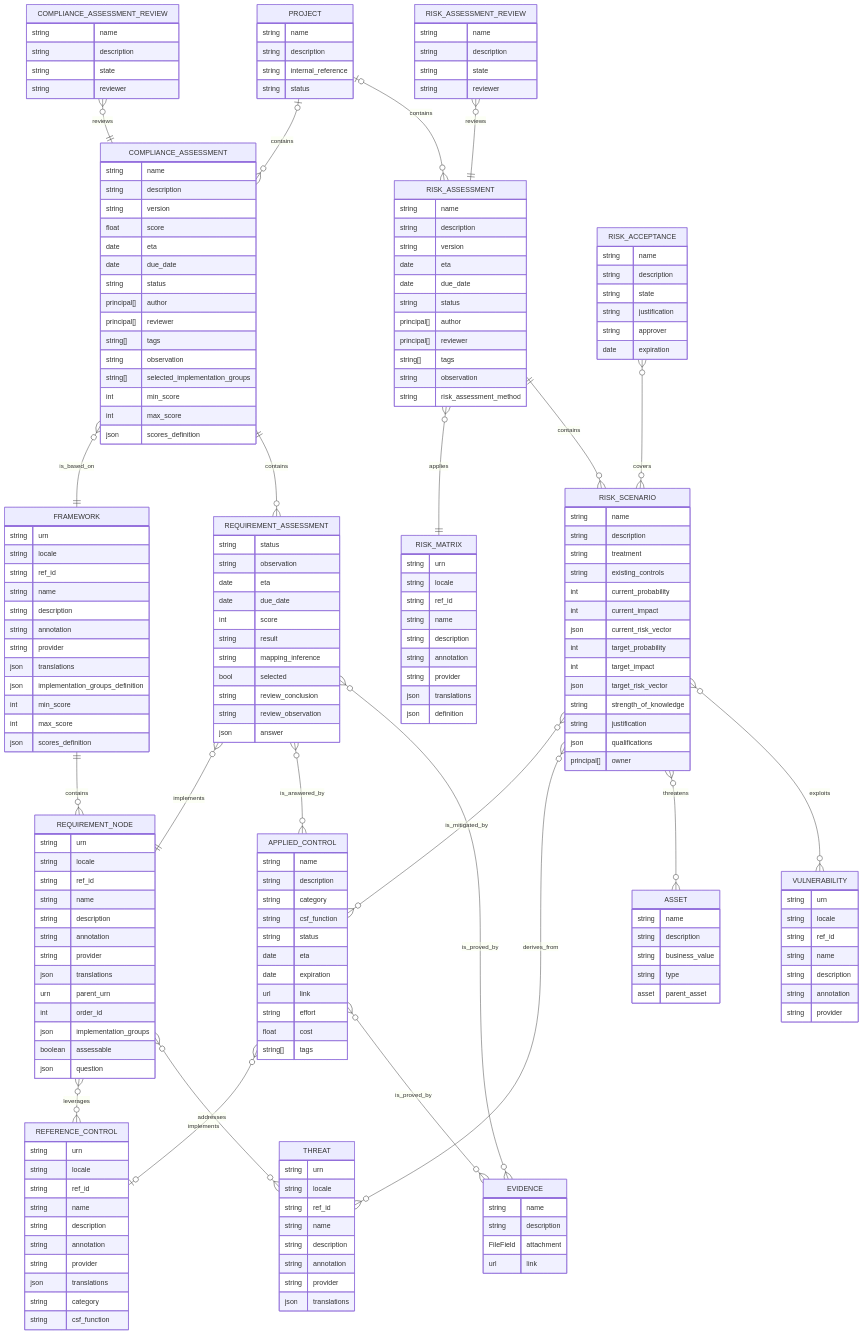
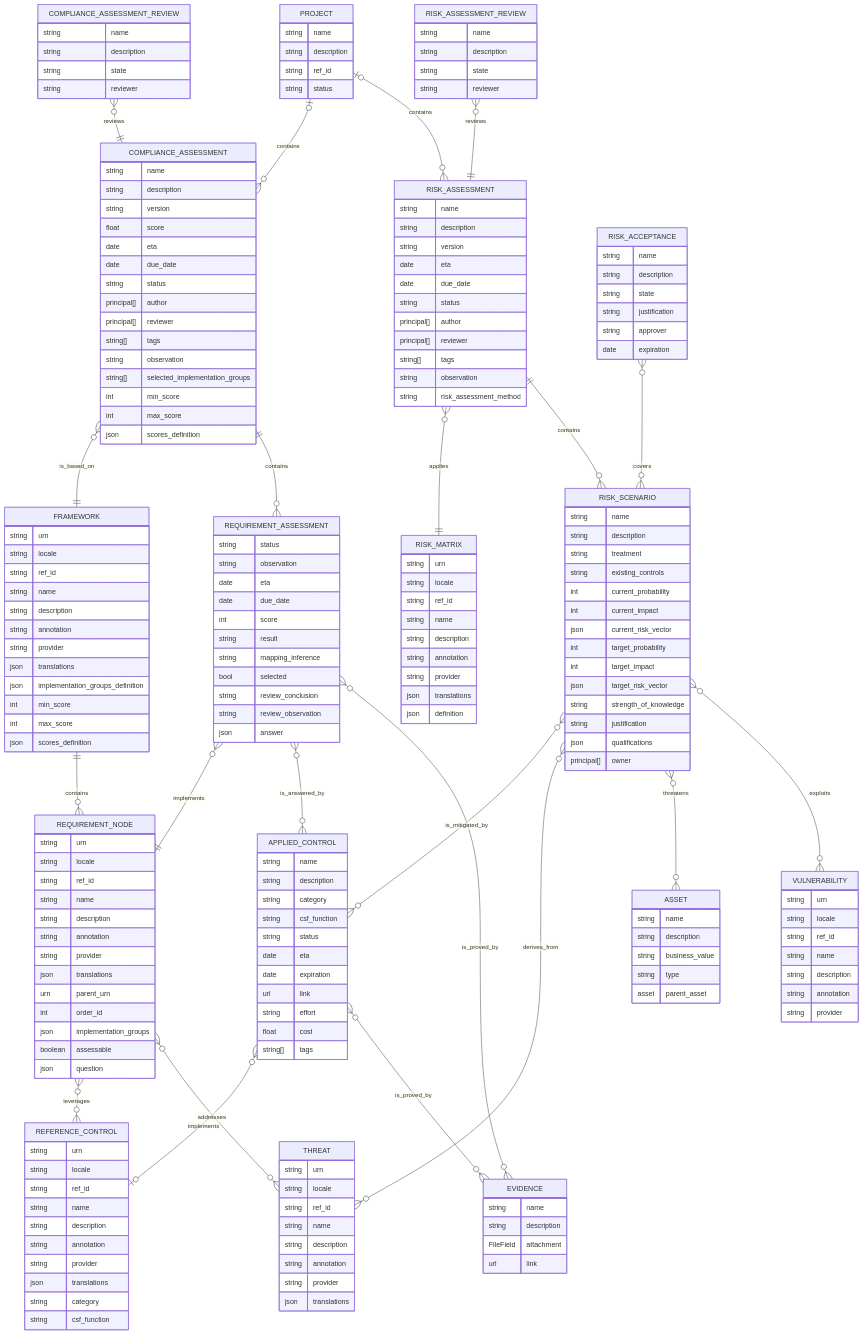
One commit to intuitem/ciso-assistant-community changed the fourth of 9 diagrams in documentation/architecture/data-model.md. Above: the diagram before and after it, drawn with Mermaid. The commit also changed other lines of this file, not shown here.

Commit message:
Change project internal reference to ref id in data model docs

```diff
--- a/documentation/architecture/data-model.md
+++ b/documentation/architecture/data-model.md
@@ -117,7 +117,7 @@
     PROJECT {
         string name
         string description
-        string internal_reference
+        string ref_id
         string status
     }
 
```
